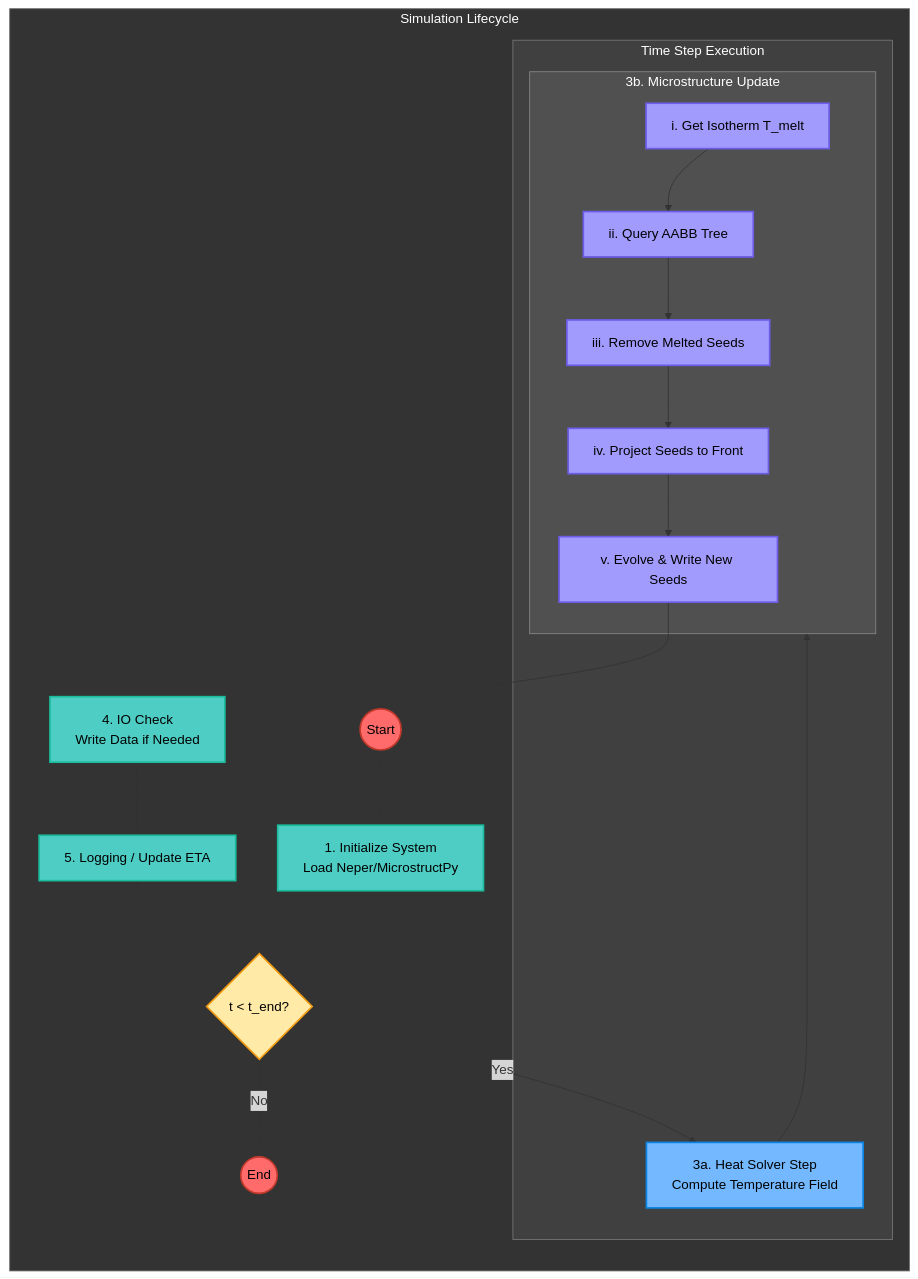
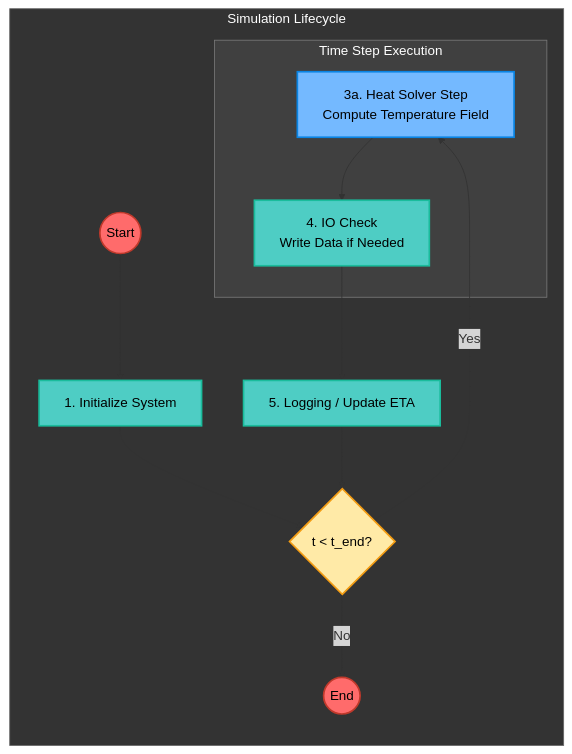
One commit to manasvupadhyay/spectral_galerkin_heat changed the diagram in README.md. Above: the diagram before and after it, drawn with Mermaid. The commit also changed other lines of this file and 11 other files, not shown here.

````diff
--- a/README.md
+++ b/README.md
@@ -32,61 +32,46 @@
 ```mermaid
 flowchart TD
     %% --- Theme & Styling ---
     classDef container fill:#2d2d2d,stroke:#555,color:#fff;
     classDef terminator fill:#ff6b6b,stroke:#c0392b,stroke-width:2px,color:#000;
     classDef process fill:#4ecdc4,stroke:#1abc9c,stroke-width:2px,color:#000;
     classDef decision fill:#ffeaa7,stroke:#f39c12,stroke-width:2px,color:#000,shape:diamond;
     classDef heat fill:#74b9ff,stroke:#0984e3,stroke-width:2px,color:#000;
     classDef micro fill:#a29bfe,stroke:#6c5ce7,stroke-width:2px,color:#000;
 
     %% --- Main Container ---
     subgraph MainLoop [Simulation Lifecycle]
         direction TB
         style MainLoop fill:#333333,stroke:#666,color:#fff
 
         Start((Start)):::terminator
-        Init[1. Initialize System<br/>Load Neper/MicrostructPy]:::process
-        
+        Init[1. Initialize System]:::process
+
         %% Time Loop Check
         LoopCondition{t < t_end?}:::decision
-        
+
         %% --- Inner Loop Container ---
         subgraph TimeStep [Time Step Execution]
-            style TimeStep fill:#404040,stroke:#777,color:#fff
-            
-            %% Heat Solver Step
-            HeatSolver[3a. Heat Solver Step<br/>Compute Temperature Field]:::heat
-            
-            %% Microstructure Logic
-            subgraph MicroLogic [3b. Microstructure Update]
-                style MicroLogic fill:#505050,stroke:#888,color:#fff
-                
-                GetIso[i. Get Isotherm T_melt]:::micro
-                QueryTree[ii. Query AABB Tree]:::micro
-                Melt[iii. Remove Melted Seeds]:::micro
-                Project[iv. Project Seeds to Front]:::micro
-                Grow[v. Evolve & Write New Seeds]:::micro
-                
-                GetIso --> QueryTree
-                QueryTree --> Melt
-                Melt --> Project
-                Project --> Grow
-            end
+          style TimeStep fill:#404040,stroke:#777,color:#fff
 
-            HeatSolver --> MicroLogic
+          %% Heat Solver Step
+          HeatSolver[3a. Heat Solver Step<br/>Compute Temperature Field]:::heat
+
+          %% (Microstructure disabled) Heat solver now proceeds to IO
+
+          HeatSolver --> IOCheck
         end
 
         IOCheck[4. IO Check<br/>Write Data if Needed]:::process
         Logging[5. Logging / Update ETA]:::process
         End((End)):::terminator
 
         %% Connections
         Start --> Init
         Init --> LoopCondition
         LoopCondition -- Yes --> HeatSolver
-        Grow --> IOCheck
         IOCheck --> Logging
         Logging --> LoopCondition
         LoopCondition -- No --> End
     end
 ```
````
